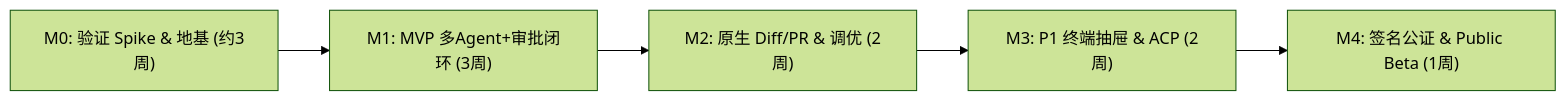
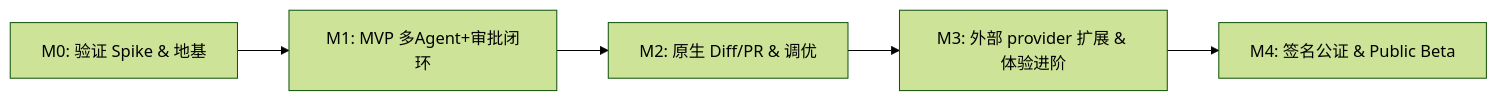
One commit to julytang/Shepherd changed the second of 2 diagrams in docs/PROPOSAL.md. Above: the diagram before and after it, drawn with Mermaid (forest theme). The commit also changed other lines of this file and 5 other files, not shown here.

````diff
--- a/docs/PROPOSAL.md
+++ b/docs/PROPOSAL.md
@@ -143,7 +154,7 @@
 ```mermaid
 flowchart LR
-    M0["M0: 验证 Spike & 地基 (约3周)"] --> M1["M1: MVP 多Agent+审批闭环 (3周)"]
-    M1 --> M2["M2: 原生 Diff/PR & 调优 (2周)"]
-    M2 --> M3["M3: P1 终端抽屉 & ACP (2周)"]
-    M3 --> M4["M4: 签名公证 & Public Beta (1周)"]
+    M0["M0: 验证 Spike & 地基"] --> M1["M1: MVP 多Agent+审批闭环"]
+    M1 --> M2["M2: 原生 Diff/PR & 调优"]
+    M2 --> M3["M3: 外部 provider 扩展 & 体验进阶"]
+    M3 --> M4["M4: 签名公证 & Public Beta"]
 ```
````
